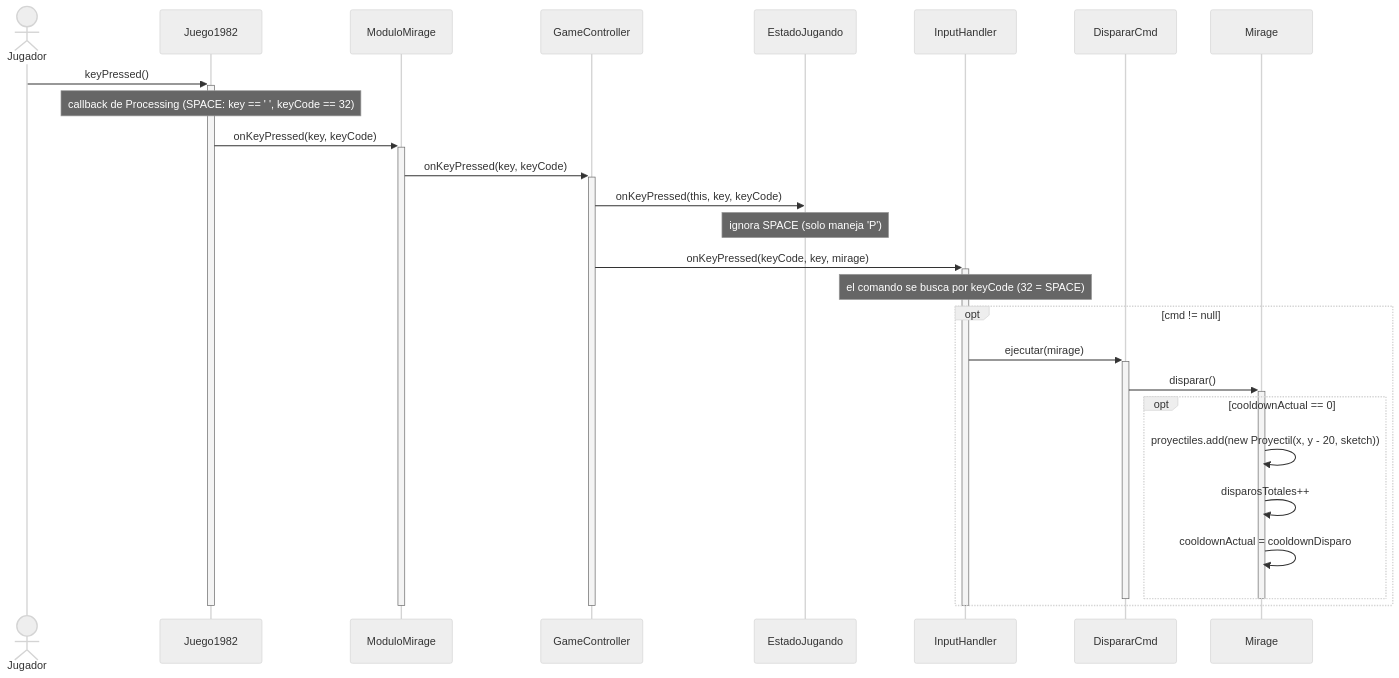
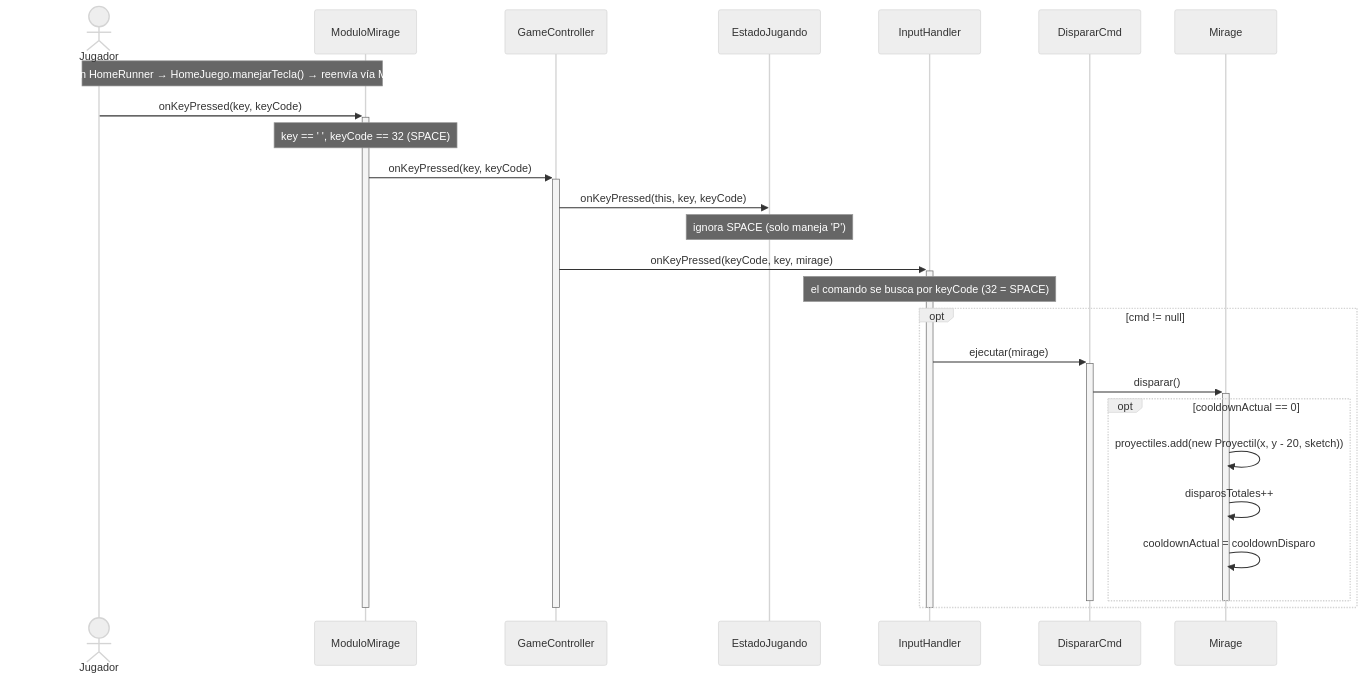
The third of 9 diagrams in docs/v1/analisis/casos-de-uso.md (Christian-Rojas-Rodriguez/juego-1982), drawn with Mermaid (neutral theme) before and after one commit. The commit also changed other lines of this file and 1 other file, not shown here.

First line of the commit message:
docs: limpiar diagramas v1 — sacar Animacion, conectar excepciones, quitar Juego1982 de SDs

````diff
--- a/docs/v1/analisis/casos-de-uso.md
+++ b/docs/v1/analisis/casos-de-uso.md
@@ -115,35 +111,33 @@
 ```mermaid
 sequenceDiagram
     actor Jugador
-    participant Juego1982
     participant ModuloMirage
     participant GameController
     participant EstadoJugando
     participant InputHandler
     participant DispararCmd
     participant Mirage
 
-    Jugador->>+Juego1982: keyPressed()
-    Note over Juego1982: callback de Processing (SPACE: key == ' ', keyCode == 32)
-    Juego1982->>+ModuloMirage: onKeyPressed(key, keyCode)
+    Note over Jugador,ModuloMirage: keyPressed() en HomeRunner → HomeJuego.manejarTecla() → reenvía vía ModuloConInput
+    Jugador->>+ModuloMirage: onKeyPressed(key, keyCode)
+    Note over ModuloMirage: key == ' ', keyCode == 32 (SPACE)
     ModuloMirage->>+GameController: onKeyPressed(key, keyCode)
     GameController->>EstadoJugando: onKeyPressed(this, key, keyCode)
     Note over EstadoJugando: ignora SPACE (solo maneja 'P')
     GameController->>+InputHandler: onKeyPressed(keyCode, key, mirage)
     Note over InputHandler: el comando se busca por keyCode (32 = SPACE)
     opt cmd != null
         InputHandler->>+DispararCmd: ejecutar(mirage)
         DispararCmd->>+Mirage: disparar()
         opt cooldownActual == 0
             Mirage->>Mirage: proyectiles.add(new Proyectil(x, y - 20, sketch))
             Mirage->>Mirage: disparosTotales++
             Mirage->>Mirage: cooldownActual = cooldownDisparo
         end
         deactivate Mirage
         deactivate DispararCmd
     end
     deactivate InputHandler
     deactivate GameController
     deactivate ModuloMirage
-    deactivate Juego1982
 ```
````
